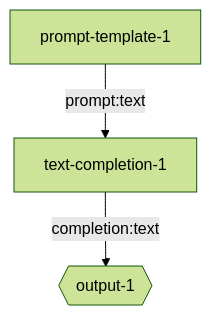
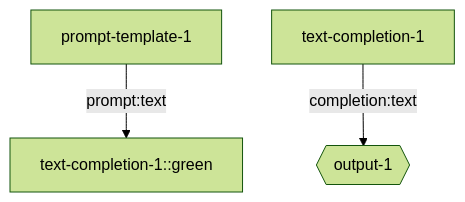
Before and after one commit to breadboard-ai/breadboard: the diagram in seeds/graph-playground/docs/graphs/auto-simple-prompt.md, drawn with Mermaid (forest theme).

Commit message:
[graph-playground] try styling diagrams

````diff
--- a/seeds/graph-playground/docs/graphs/auto-simple-prompt.md
+++ b/seeds/graph-playground/docs/graphs/auto-simple-prompt.md
@@ -4,5 +4,6 @@
 ```mermaid
 graph TD;
-prompt-template-1 -- prompt:text --> text-completion-1
+prompt-template-1 -- prompt:text --> text-completion-1::green
 text-completion-1 -- completion:text --> output-1{{output-1}}
+classDef green fill:#cfc
 ```
````
